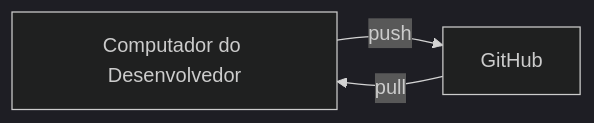
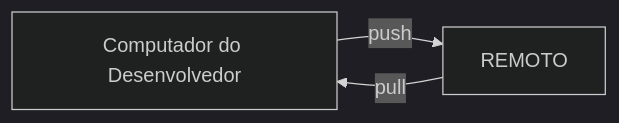
Before and after one commit to isaacmirandaifce/aulasembarcatech2: the fourth of 8 diagrams in aulassincronas/DepuracaoeVersionamento.md, drawn with Mermaid (dark theme).

Commit message:
Update repository diagram to reflect remote naming

````diff
--- a/aulassincronas/DepuracaoeVersionamento.md
+++ b/aulassincronas/DepuracaoeVersionamento.md
@@ -318,5 +318,5 @@
 ```mermaid
 flowchart LR
-A[Computador do Desenvolvedor] -->|push| B[GitHub]
+A[Computador do Desenvolvedor] -->|push| B[REMOTO]
 B -->|pull| A
 ```
````
